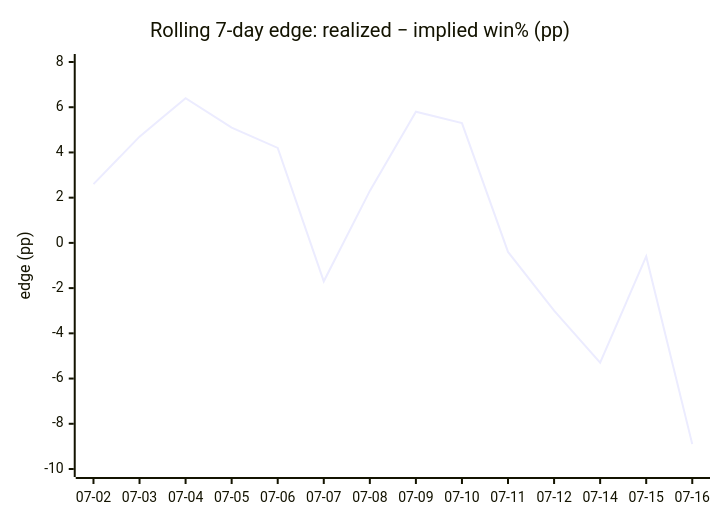
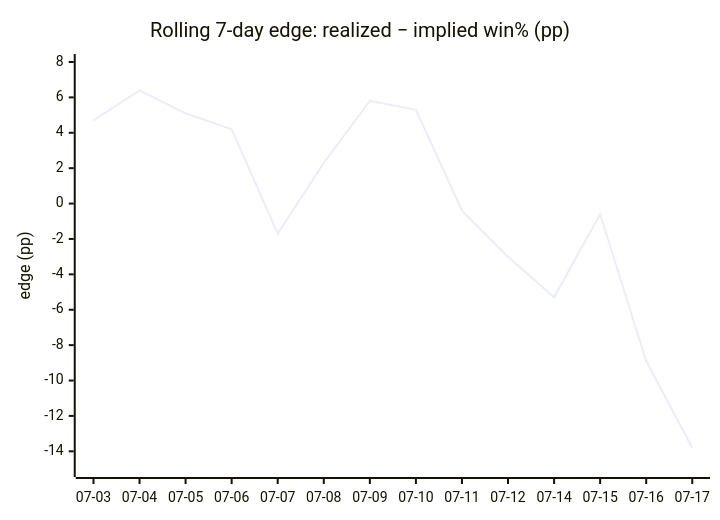
Before and after one commit to dpk1212/nhl-savant: the fifth of 5 diagrams in DAILY_AGSU_REPORT.md, drawn with Mermaid. The commit also changed other lines of this file, not shown here.

````diff
--- a/DAILY_AGSU_REPORT.md
+++ b/DAILY_AGSU_REPORT.md
@@ -721,7 +730,7 @@
 ```mermaid
 xychart-beta
     title "Rolling 7-day edge: realized − implied win% (pp)"
-    x-axis ["07-02", "07-03", "07-04", "07-05", "07-06", "07-07", "07-08", "07-09", "07-10", "07-11", "07-12", "07-14", "07-15", "07-16"]
-    y-axis "edge (pp)" -10 --> 8
-    line [2.6, 4.7, 6.4, 5.1, 4.2, -1.7, 2.3, 5.8, 5.3, -0.4, -3, -5.3, -0.6, -8.9]
+    x-axis ["07-03", "07-04", "07-05", "07-06", "07-07", "07-08", "07-09", "07-10", "07-11", "07-12", "07-14", "07-15", "07-16", "07-17"]
+    y-axis "edge (pp)" -15 --> 8
+    line [4.7, 6.4, 5.1, 4.2, -1.7, 2.3, 5.8, 5.3, -0.4, -3, -5.3, -0.6, -8.9, -13.8]
 ```
````
